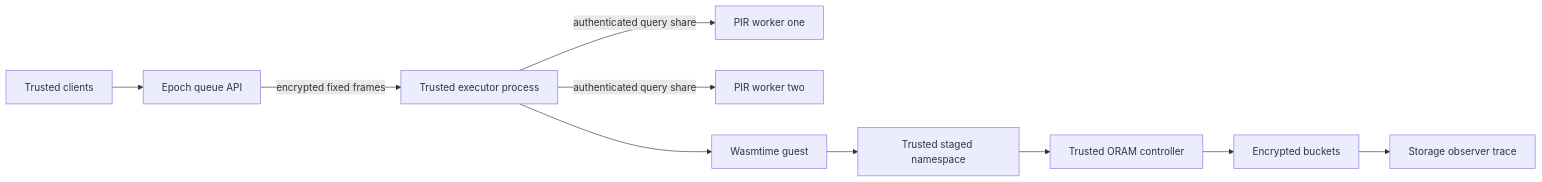
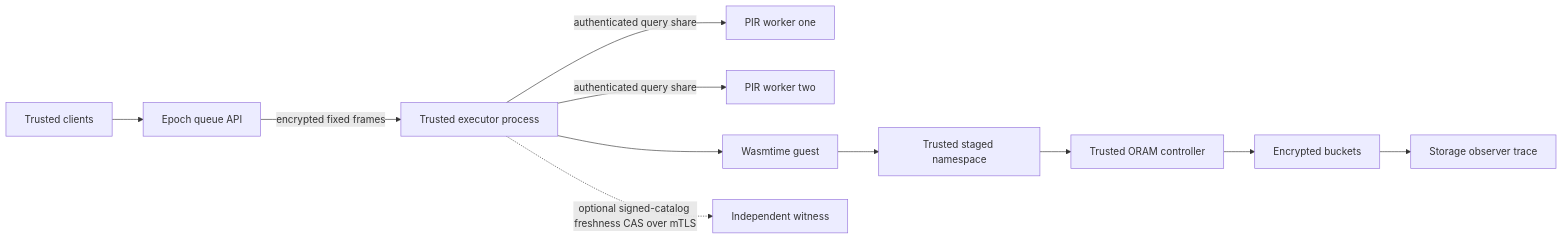
The diagram in docs/ARCHITECTURE.md (dumbly-smart/Oblivion), drawn with Mermaid before and after one commit. The commit also changed other lines of this file and 11 other files, not shown here.

````diff
--- a/docs/ARCHITECTURE.md
+++ b/docs/ARCHITECTURE.md
@@ -7,12 +7,13 @@
 ```mermaid
 flowchart LR
   C[Trusted clients] --> B[Epoch queue API]
   B -->|encrypted fixed frames| E[Trusted executor process]
   E -->|authenticated query share| P1[PIR worker one]
   E -->|authenticated query share| P2[PIR worker two]
   E --> W[Wasmtime guest]
   W --> T[Trusted staged namespace]
   T --> O[Trusted ORAM controller]
   O --> S[Encrypted buckets]
   S --> L[Storage observer trace]
+  E -. optional signed-catalog freshness CAS over mTLS .-> R[Independent witness]
 ```
````
